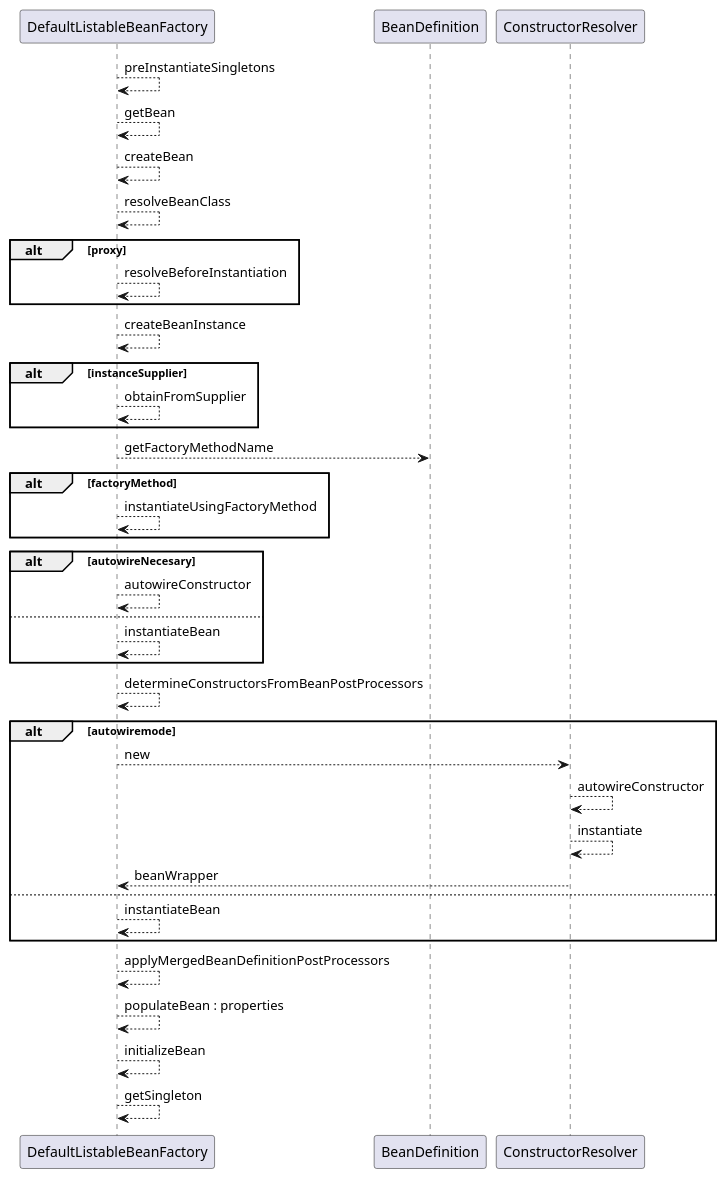
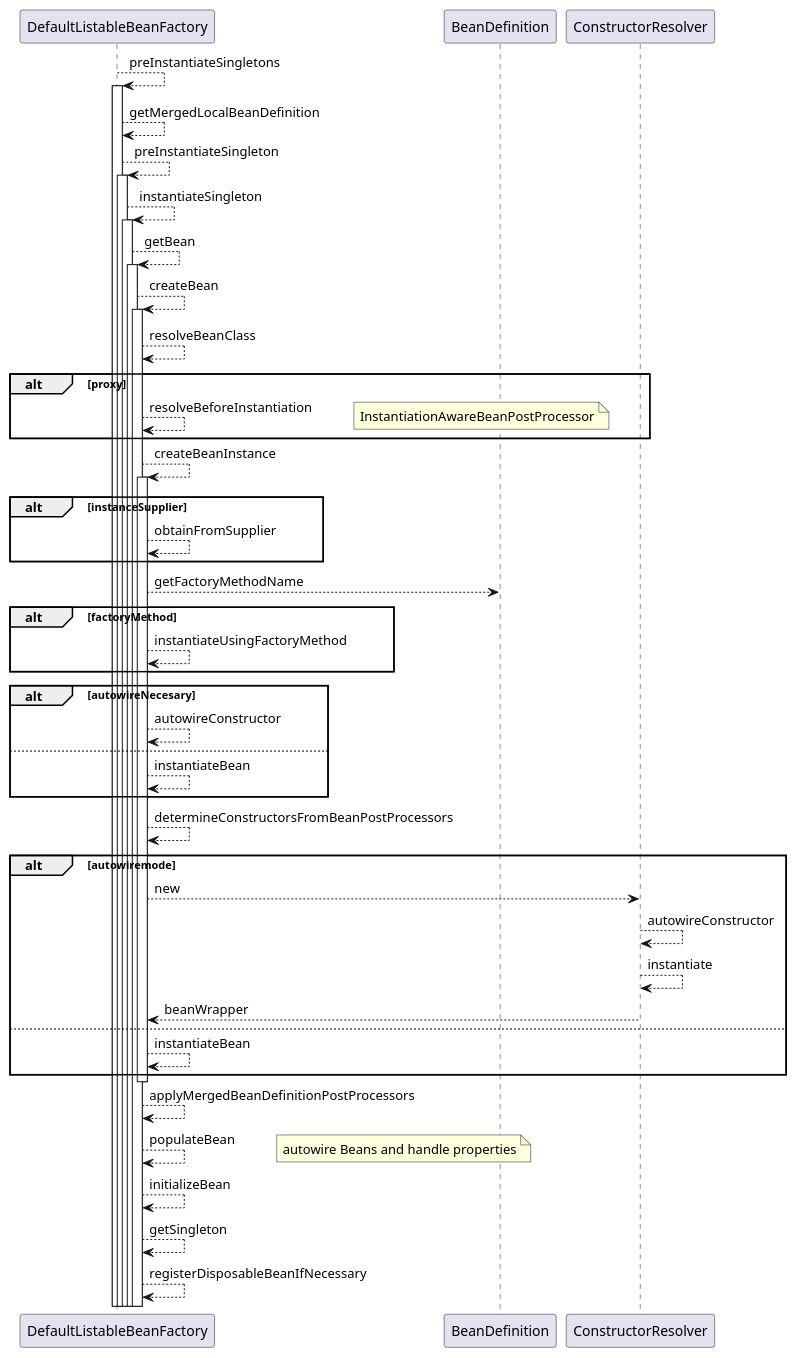
One commit to kevinwang930/kevinwang930.github.io changed diagram 13 of 13 in content/post/java/spring/spring/index.md. Above: the diagram before and after it, drawn with PlantUML. The commit also changed other lines of this file and 6 other files, not shown here.

````diff
--- a/content/post/java/spring/spring/index.md
+++ b/content/post/java/spring/spring/index.md
@@ -521,41 +526,79 @@
 ```plantuml
 DefaultListableBeanFactory --> DefaultListableBeanFactory:preInstantiateSingletons
+activate DefaultListableBeanFactory
 
+DefaultListableBeanFactory --> DefaultListableBeanFactory:getMergedLocalBeanDefinition
+
+DefaultListableBeanFactory --> DefaultListableBeanFactory:preInstantiateSingleton
+
+activate DefaultListableBeanFactory
+DefaultListableBeanFactory --> DefaultListableBeanFactory:instantiateSingleton
+
+activate DefaultListableBeanFactory
 DefaultListableBeanFactory --> DefaultListableBeanFactory:getBean
 
+activate DefaultListableBeanFactory
 DefaultListableBeanFactory --> DefaultListableBeanFactory: createBean
+
+activate DefaultListableBeanFactory
 DefaultListableBeanFactory --> DefaultListableBeanFactory: resolveBeanClass
+
 alt proxy
 DefaultListableBeanFactory --> DefaultListableBeanFactory: resolveBeforeInstantiation
+note right: InstantiationAwareBeanPostProcessor
+
 end
 
 DefaultListableBeanFactory --> DefaultListableBeanFactory: createBeanInstance
+
+
+activate DefaultListableBeanFactory
+
 alt instanceSupplier
 DefaultListableBeanFactory --> DefaultListableBeanFactory: obtainFromSupplier
 end
+
 DefaultListableBeanFactory --> BeanDefinition: getFactoryMethodName
 alt factoryMethod
 DefaultListableBeanFactory --> DefaultListableBeanFactory: instantiateUsingFactoryMethod
 end
+
 
 alt autowireNecesary
 DefaultListableBeanFactory --> DefaultListableBeanFactory: autowireConstructor
 else 
 DefaultListableBeanFactory --> DefaultListableBeanFactory: instantiateBean
 end
 
 DefaultListableBeanFactory --> DefaultListableBeanFactory: determineConstructorsFromBeanPostProcessors
 alt autowiremode
 DefaultListableBeanFactory --> ConstructorResolver: new
 ConstructorResolver --> ConstructorResolver: autowireConstructor
 ConstructorResolver --> ConstructorResolver: instantiate
 ConstructorResolver --> DefaultListableBeanFactory:beanWrapper
 else 
 DefaultListableBeanFactory --> DefaultListableBeanFactory:instantiateBean
 end
+
+deactivate 
+
+
+
+
+
+
+
+
+
+
+
+
 DefaultListableBeanFactory --> DefaultListableBeanFactory:applyMergedBeanDefinitionPostProcessors
-DefaultListableBeanFactory --> DefaultListableBeanFactory:populateBean : properties
+DefaultListableBeanFactory --> DefaultListableBeanFactory:populateBean 
+note right: autowire Beans and handle properties
 DefaultListableBeanFactory --> DefaultListableBeanFactory:initializeBean
 
 DefaultListableBeanFactory --> DefaultListableBeanFactory: getSingleton
+
+DefaultListableBeanFactory --> DefaultListableBeanFactory: registerDisposableBeanIfNecessary
 ```
````
